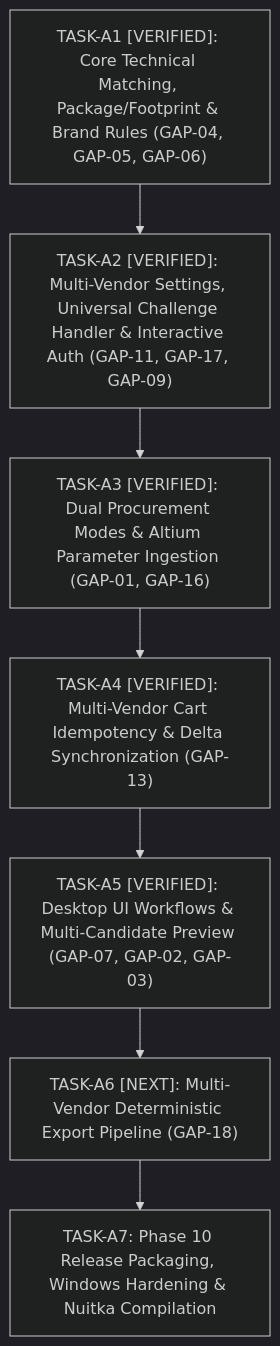
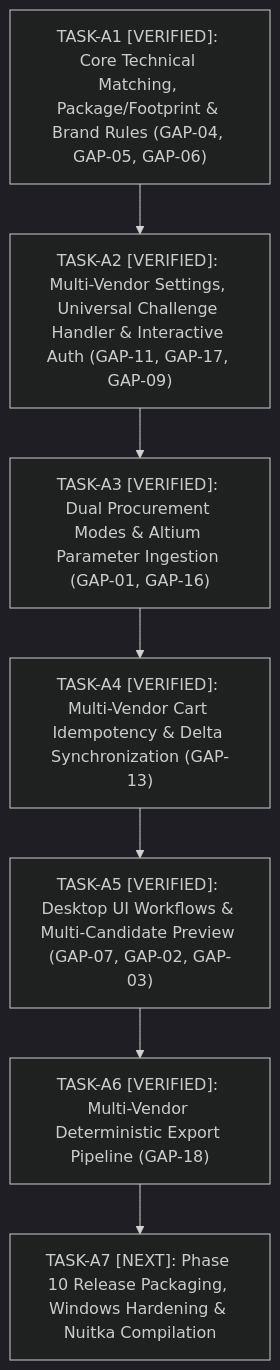
The diagram in docs/PRODUCT/CANONICAL_GAP_REGISTRY.md (AminDenizer/Omnix), drawn with Mermaid (dark theme) before and after one commit. The commit also changed other lines of this file and 2 other files, not shown here.

Commit message:
docs(gap-18): update canonical gap registry and implementation roadmap for TASK-A6

````diff
--- a/docs/PRODUCT/CANONICAL_GAP_REGISTRY.md
+++ b/docs/PRODUCT/CANONICAL_GAP_REGISTRY.md
@@ -128,17 +136,17 @@
 ```mermaid
 flowchart TD
     A1["TASK-A1 [VERIFIED]: Core Technical Matching, Package/Footprint & Brand Rules (GAP-04, GAP-05, GAP-06)"]
     A2["TASK-A2 [VERIFIED]: Multi-Vendor Settings, Universal Challenge Handler & Interactive Auth (GAP-11, GAP-17, GAP-09)"]
     A3["TASK-A3 [VERIFIED]: Dual Procurement Modes & Altium Parameter Ingestion (GAP-01, GAP-16)"]
     A4["TASK-A4 [VERIFIED]: Multi-Vendor Cart Idempotency & Delta Synchronization (GAP-13)"]
     A5["TASK-A5 [VERIFIED]: Desktop UI Workflows & Multi-Candidate Preview (GAP-07, GAP-02, GAP-03)"]
-    A6["TASK-A6 [NEXT]: Multi-Vendor Deterministic Export Pipeline (GAP-18)"]
-    A7["TASK-A7: Phase 10 Release Packaging, Windows Hardening & Nuitka Compilation"]
+    A6["TASK-A6 [VERIFIED]: Multi-Vendor Deterministic Export Pipeline (GAP-18)"]
+    A7["TASK-A7 [NEXT]: Phase 10 Release Packaging, Windows Hardening & Nuitka Compilation"]
 
     A1 --> A2
     A2 --> A3
     A3 --> A4
     A4 --> A5
     A5 --> A6
     A6 --> A7
 ```
````
